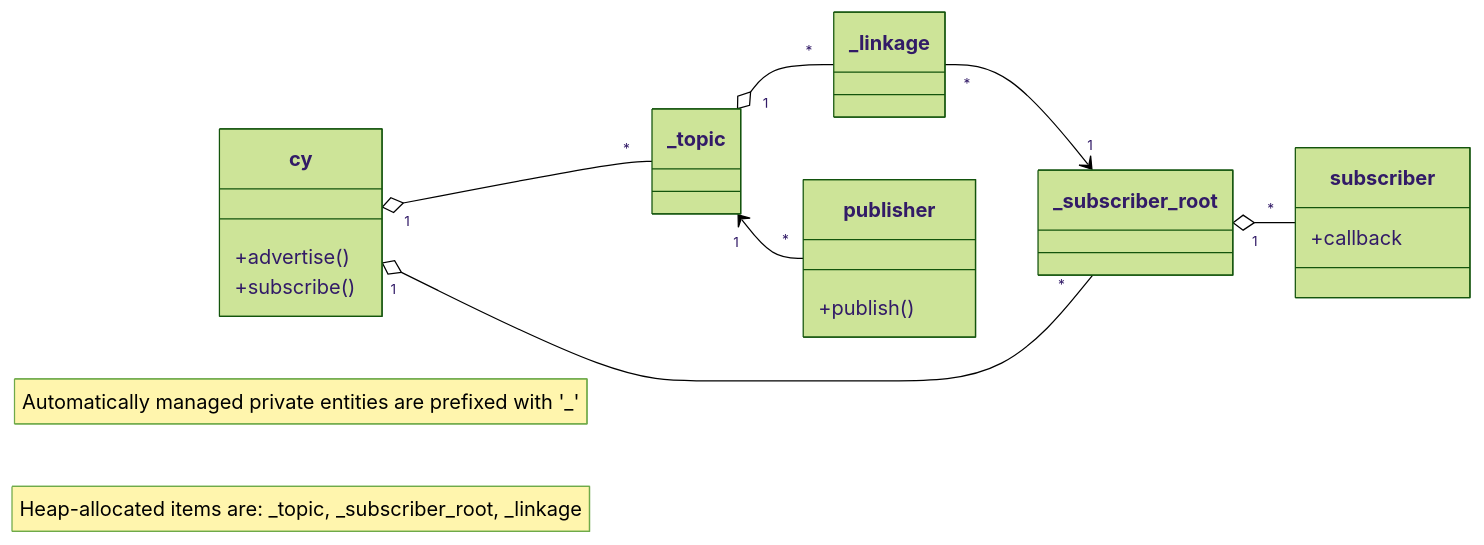
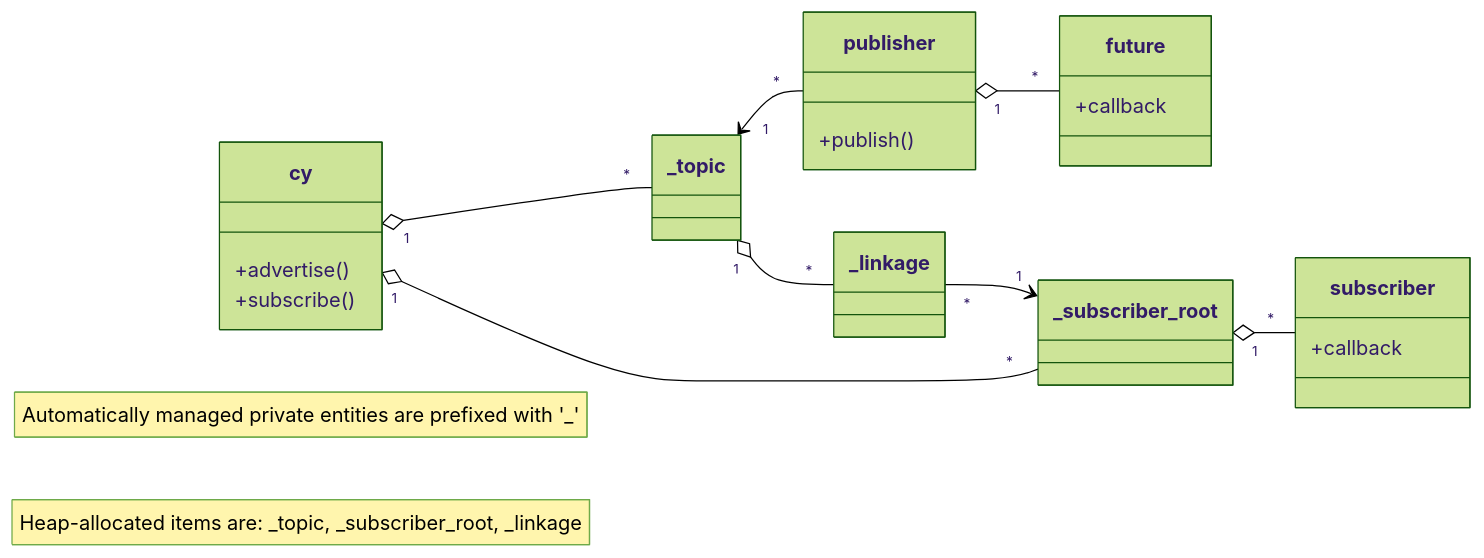
Before and after one commit to OpenCyphal-Garage/cy: the diagram in README.md, drawn with Mermaid (forest theme).

````diff
--- a/README.md
+++ b/README.md
@@ -250,22 +250,26 @@
 ```mermaid
 classDiagram
 direction LR
     class cy {
         +advertise()
         +subscribe()
     }
     class publisher {
         +publish()
     }
     class subscriber {
         +callback
     }
+    class future {
+        +callback
+    }
     cy "1" o-- "*" _topic
     cy "1" o-- "*" _subscriber_root
     _topic "1" o-- "*" _linkage
     _topic "1" <-- "*" publisher
+    publisher "1" o-- "*" future
     _linkage "*" --> "1" _subscriber_root
     _subscriber_root "1" o-- "*" subscriber
     note "Automatically managed private entities are prefixed with '_'"
     note "Heap-allocated items are: _topic, _subscriber_root, _linkage"
 ```
````
